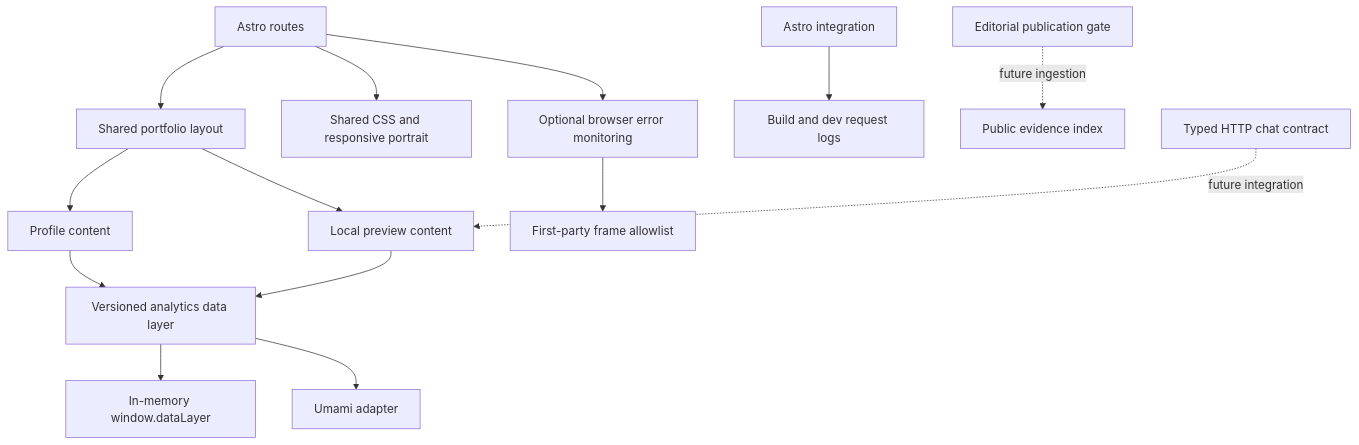
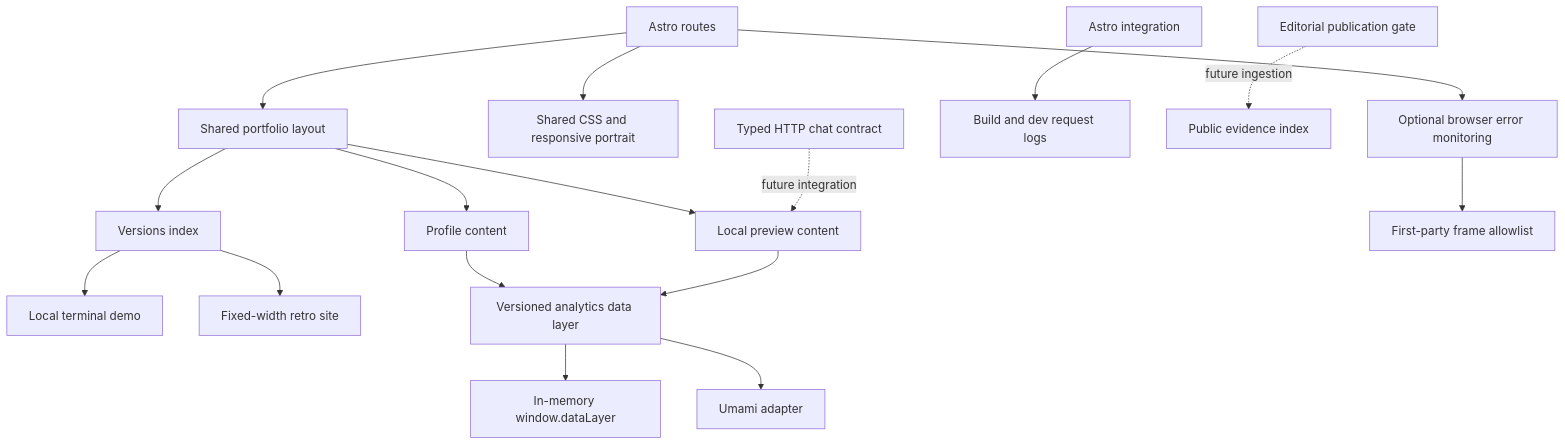
One commit to povedica/mi-cv changed the second of 4 diagrams in docs/ARCHITECTURE.md. Above: the diagram before and after it, drawn with Mermaid. The commit also changed other lines of this file and 21 other files, not shown here.

First line of the commit message:
Add terminal and 90s portfolio versions

````diff
--- a/docs/ARCHITECTURE.md
+++ b/docs/ARCHITECTURE.md
@@ -26,16 +26,19 @@
 ```mermaid
 flowchart TD
   Astro[Astro routes] --> Portfolio[Shared portfolio layout]
   Portfolio --> Home[Profile content]
+  Portfolio --> Versions[Versions index]
+  Versions --> Terminal[Local terminal demo]
+  Versions --> Retro[Fixed-width retro site]
   Portfolio --> Interview[Local preview content]
   Astro --> Assets[Shared CSS and responsive portrait]
   Home --> Data[Versioned analytics data layer]
   Interview --> Data
   Data --> Queue[In-memory window.dataLayer]
   Data --> Adapter[Umami adapter]
   Astro --> Errors[Optional browser error monitoring]
   Errors --> Scrubber[First-party frame allowlist]
   Config[Astro integration] --> Logs[Build and dev request logs]
   Gate[Editorial publication gate] -. future ingestion .-> Evidence[Public evidence index]
   Contract[Typed HTTP chat contract] -. future integration .-> Interview
 ```
````
